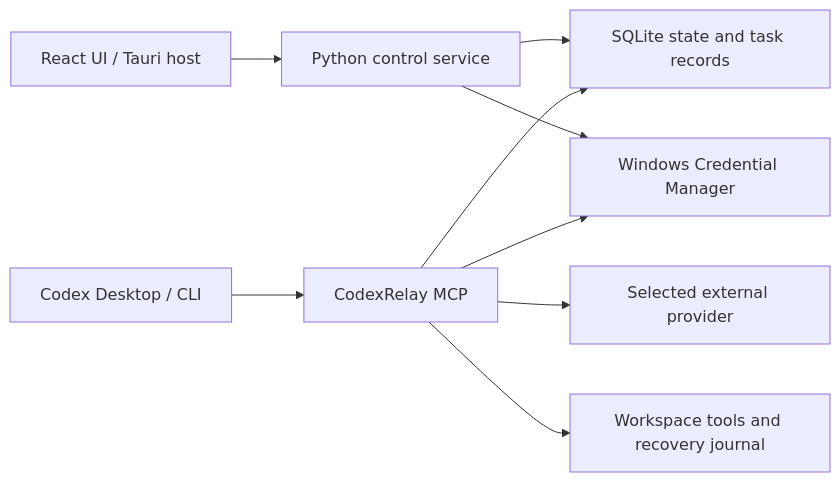
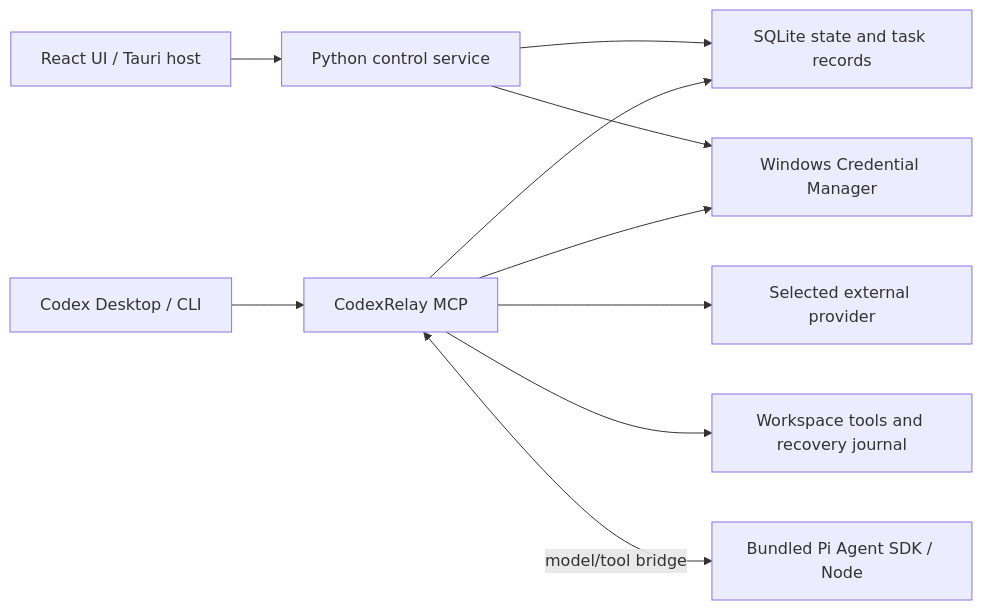
Before and after one commit to Favio8/codexrelay: the diagram in docs/ARCHITECTURE.md, drawn with Mermaid. The commit also changed other lines of this file and 75 other files, not shown here.

````diff
--- a/docs/ARCHITECTURE.md
+++ b/docs/ARCHITECTURE.md
@@ -5,11 +5,12 @@
 ```mermaid
 flowchart LR
     GUI["React UI / Tauri host"] --> RPC["Python control service"]
     RPC --> DB["SQLite state and task records"]
     RPC --> Vault["Windows Credential Manager"]
     Codex["Codex Desktop / CLI"] --> MCP["CodexRelay MCP"]
     MCP --> DB
     MCP --> Vault
     MCP --> Provider["Selected external provider"]
     MCP --> Tools["Workspace tools and recovery journal"]
+    MCP <-->|"model/tool bridge"| Pi["Bundled Pi Agent SDK / Node"]
 ```
````
